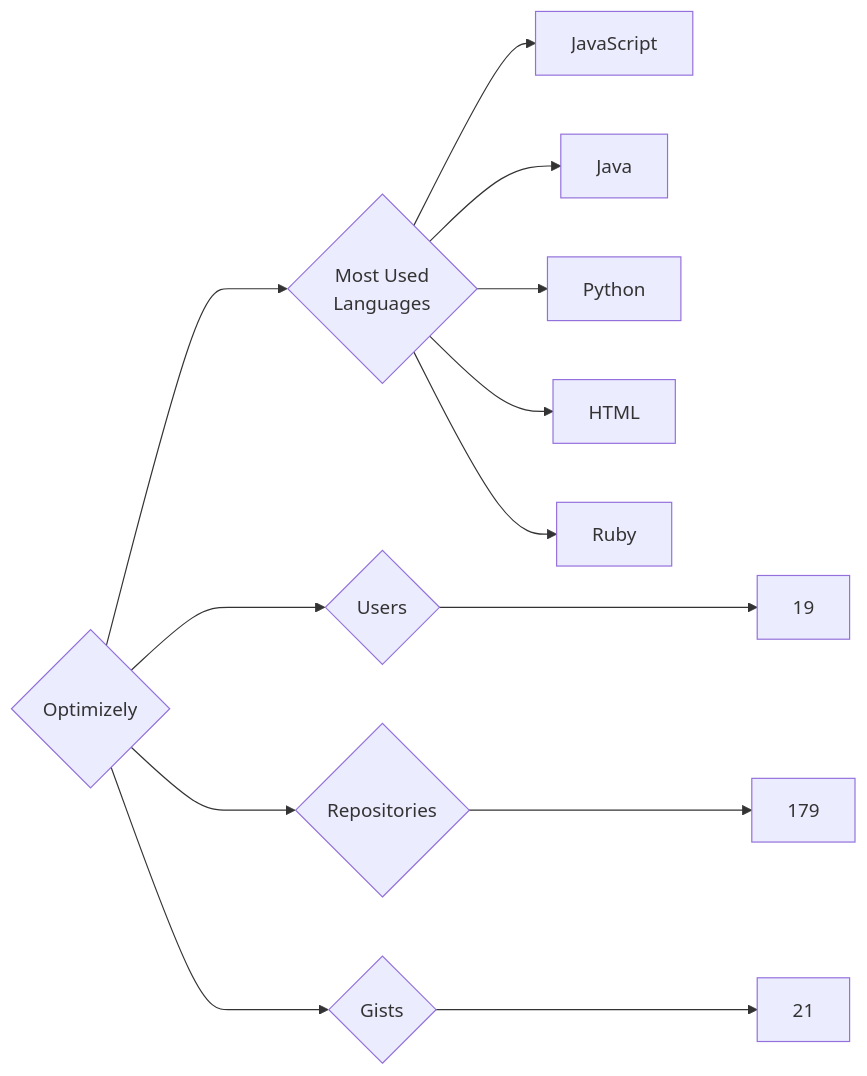
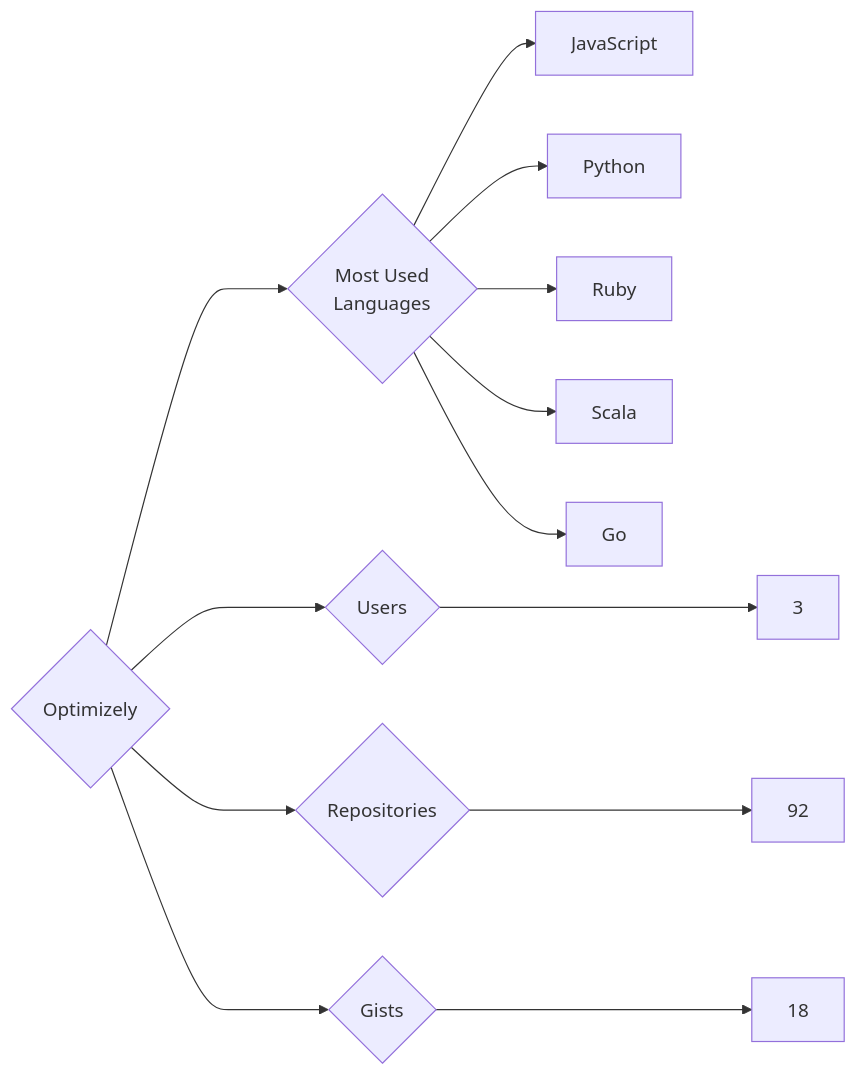
Before and after one commit to trickest/insiders: the diagram in targets/Optimizely/README.md, drawn with Mermaid. The commit also changed 1011 other files, not shown here.

````diff
--- a/targets/Optimizely/README.md
+++ b/targets/Optimizely/README.md
@@ -3,13 +3,13 @@
 ```mermaid
 graph LR
 COMPANY_NAME{Optimizely}
-COMPANY_NAME ---> U{Users} ---> UN[19]
-COMPANY_NAME ---> R{Repositories} ---> RN[179]
-COMPANY_NAME ---> G{Gists} ---> GN[21]
+COMPANY_NAME ---> U{Users} ---> UN[3]
+COMPANY_NAME ---> R{Repositories} ---> RN[92]
+COMPANY_NAME ---> G{Gists} ---> GN[18]
 COMPANY_NAME ---> ML{Most Used<br>Languages}
 ML --> JavaScript[JavaScript]
-ML --> Java[Java]
 ML --> Python[Python]
-ML --> HTML[HTML]
 ML --> Ruby[Ruby]
+ML --> Scala[Scala]
+ML --> Go[Go]
 ```
````
